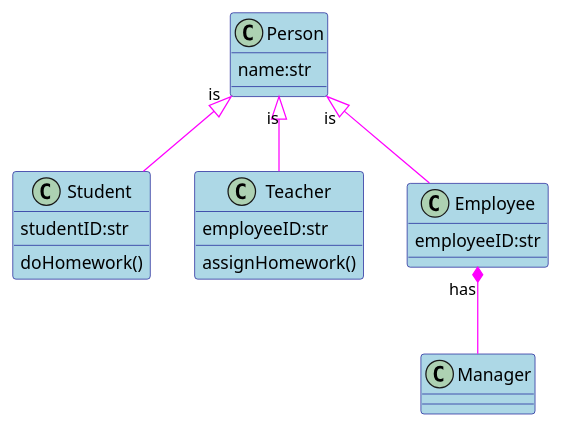
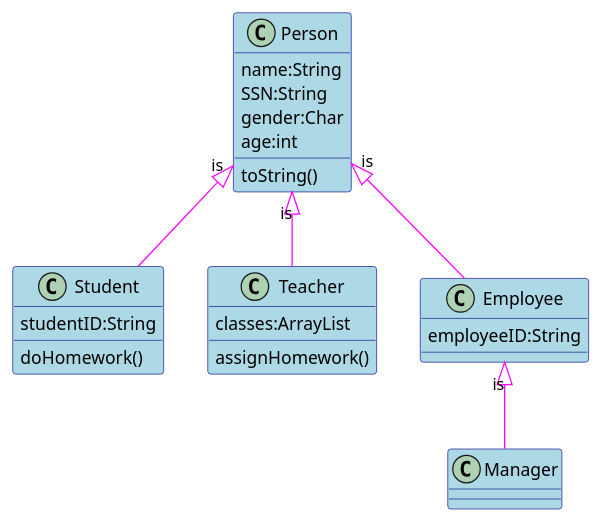
One commit to jwang1122/playground changed the diagram in doc/student.wsd. Above: the diagram before and after it, drawn with PlantUML. The commit also changed 9 other files, not shown here.

```diff
--- a/doc/student.wsd
+++ b/doc/student.wsd
@@ -1,20 +1,24 @@
 @startuml 
 
 skinparam class {
     BackgroundColor LightBlue
     ArrowColor #FF00FF
     BorderColor DarkBlue
 }
 
 Person "is" <|-- Student
 Person "is" <|-- Teacher
 Person "is" <|-- Employee
-Employee "has" *-- Manager
-Person : name:str
-Employee : employeeID:str
+Employee "is" <|-- Manager
+Person : name:String
+Person : SSN:String
+Person : gender:Char
+Person : age:int
+Person : toString()
+Employee : employeeID:String
 Student : doHomework()
 Teacher : assignHomework()
-Teacher : employeeID:str
-Student : studentID:str
+Teacher : classes:ArrayList
+Student : studentID:String
 
 @enduml
```
